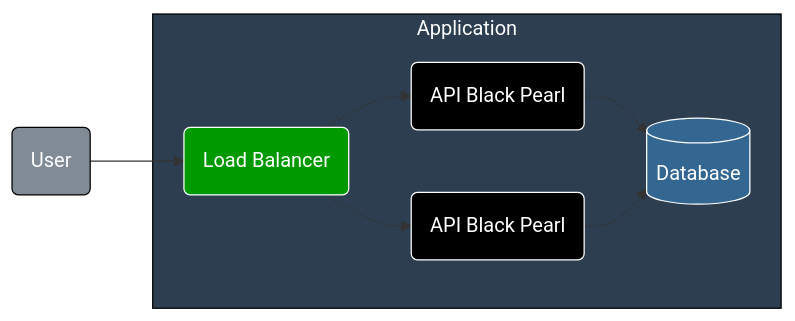
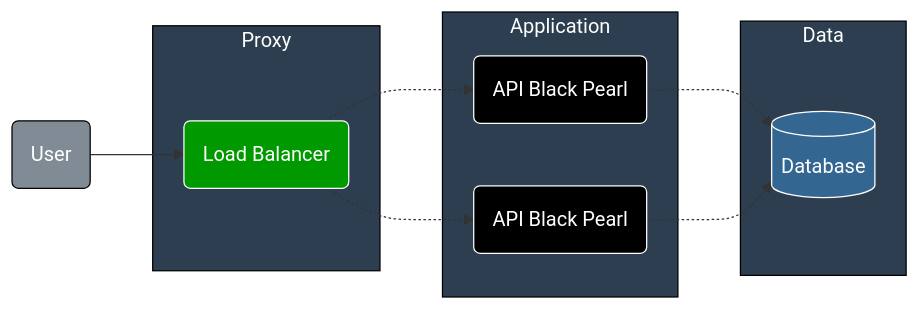
Before and after one commit to fabianoflorentino/blackpearl: the diagram in README.md, drawn with Mermaid.

Commit message:
Add Proxy and Data subgraphs to the application graph

````diff
--- a/README.md
+++ b/README.md
@@ -15,31 +15,41 @@
 ```mermaid
 graph LR
   user(User)
   black_pearl_api_1(API Black Pearl)
   black_pearl_api_2(API Black Pearl)
   load_balancer(Load Balancer)
   database[(Database)]
 
+  subgraph Proxy
+    load_balancer
+  end
+
   subgraph Application
     load_balancer
     black_pearl_api_1
     black_pearl_api_2
+
+  end
+
+  subgraph Data
     database
   end
 
   user --> load_balancer -.-> black_pearl_api_1 & black_pearl_api_2
   black_pearl_api_1 & black_pearl_api_2 -.-> database
 
   classDef default fill: #808B96, stroke: #000000, color: #ffffff
   classDef black_pearl fill: #000000, stroke: #ffffff, color: #ffffff
   classDef load_balancer fill: #009900, stroke: #ffffff, color: #ffffff
   classDef database fill: #336791, stroke: #ffffff, color: #ffffff
   classDef application fill: #2C3E50, stroke: #000000, color: #ffffff
 
   class user default
   class Application application
+  class Proxy application
+  class Data application
   class load_balancer load_balancer
   class black_pearl_api_1 black_pearl
   class black_pearl_api_2 black_pearl
   class database database
 ```
````
